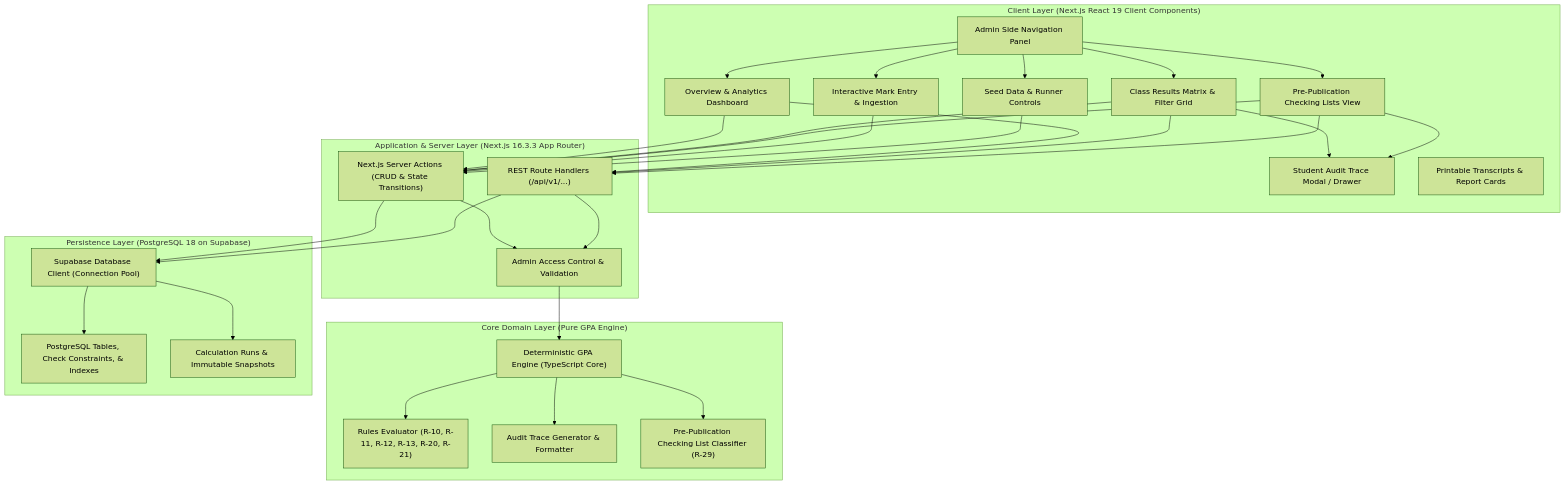
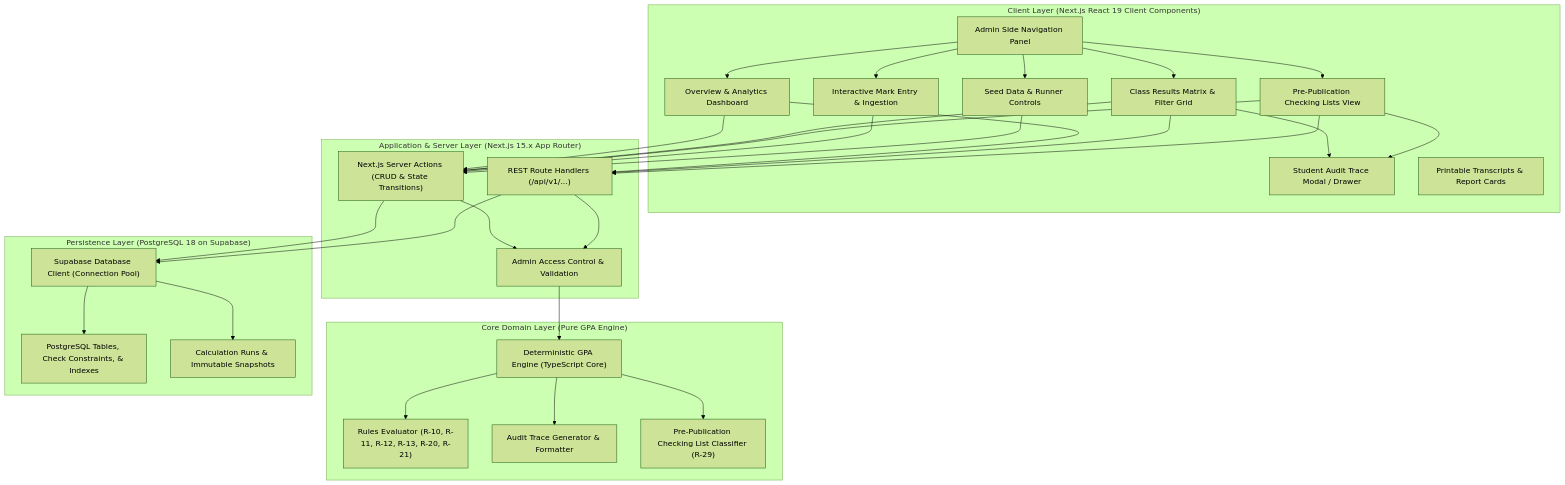
One commit to tarek-codes/lsh26-t069-p08 changed the first of 2 diagrams in SYSTEM-ARCHITECTURE.md. Above: the diagram before and after it, drawn with Mermaid (forest theme). The commit also changed other lines of this file and 8 other files, not shown here.

````diff
--- a/SYSTEM-ARCHITECTURE.md
+++ b/SYSTEM-ARCHITECTURE.md
@@ -7,47 +7,47 @@
 ```mermaid
 flowchart TB
     subgraph ClientLayer ["Client Layer (Next.js React 19 Client Components)"]
         Sidebar["Admin Side Navigation Panel"]
         OverviewView["Overview & Analytics Dashboard"]
         MatrixView["Class Results Matrix & Filter Grid"]
         TraceModal["Student Audit Trace Modal / Drawer"]
         CheckingView["Pre-Publication Checking Lists View"]
         MarkEditor["Interactive Mark Entry & Ingestion"]
         SeedManager["Seed Data & Runner Controls"]
         PrintView["Printable Transcripts & Report Cards"]
     end
 
-    subgraph AppLayer ["Application & Server Layer (Next.js 16.3.3 App Router)"]
+    subgraph AppLayer ["Application & Server Layer (Next.js 15.x App Router)"]
         ServerActions["Next.js Server Actions (CRUD & State Transitions)"]
         APIRoutes["REST Route Handlers (/api/v1/...)"]
         AuthMiddleware["Admin Access Control & Validation"]
     end
 
     subgraph DomainLayer ["Core Domain Layer (Pure GPA Engine)"]
         Engine["Deterministic GPA Engine (TypeScript Core)"]
         RuleSet["Rules Evaluator (R-10, R-11, R-12, R-13, R-20, R-21)"]
         TraceGen["Audit Trace Generator & Formatter"]
         FlagDetector["Pre-Publication Checking List Classifier (R-29)"]
     end
 
     subgraph PersistenceLayer ["Persistence Layer (PostgreSQL 18 on Supabase)"]
         SupabaseClient["Supabase Database Client (Connection Pool)"]
         PGSchema["PostgreSQL Tables, Check Constraints, & Indexes"]
         AuditSnapshots["Calculation Runs & Immutable Snapshots"]
     end
 
     Sidebar --> OverviewView & MatrixView & CheckingView & MarkEditor & SeedManager
     MatrixView --> TraceModal
     CheckingView --> TraceModal
 
     OverviewView & MatrixView & CheckingView & MarkEditor & SeedManager --> ServerActions
     OverviewView & MatrixView & CheckingView --> APIRoutes
 
     ServerActions & APIRoutes --> AuthMiddleware
     AuthMiddleware --> Engine
     Engine --> RuleSet & TraceGen & FlagDetector
     
     ServerActions --> SupabaseClient
     APIRoutes --> SupabaseClient
     SupabaseClient --> PGSchema & AuditSnapshots
 ```
````
